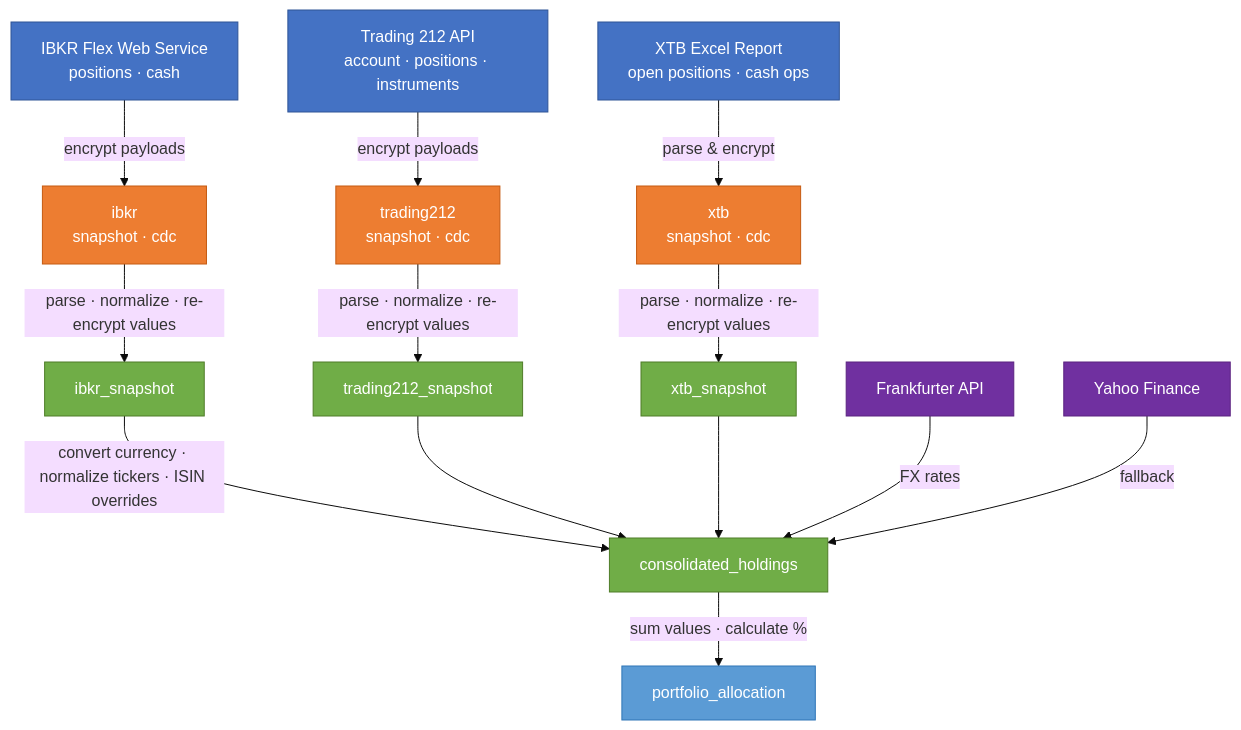
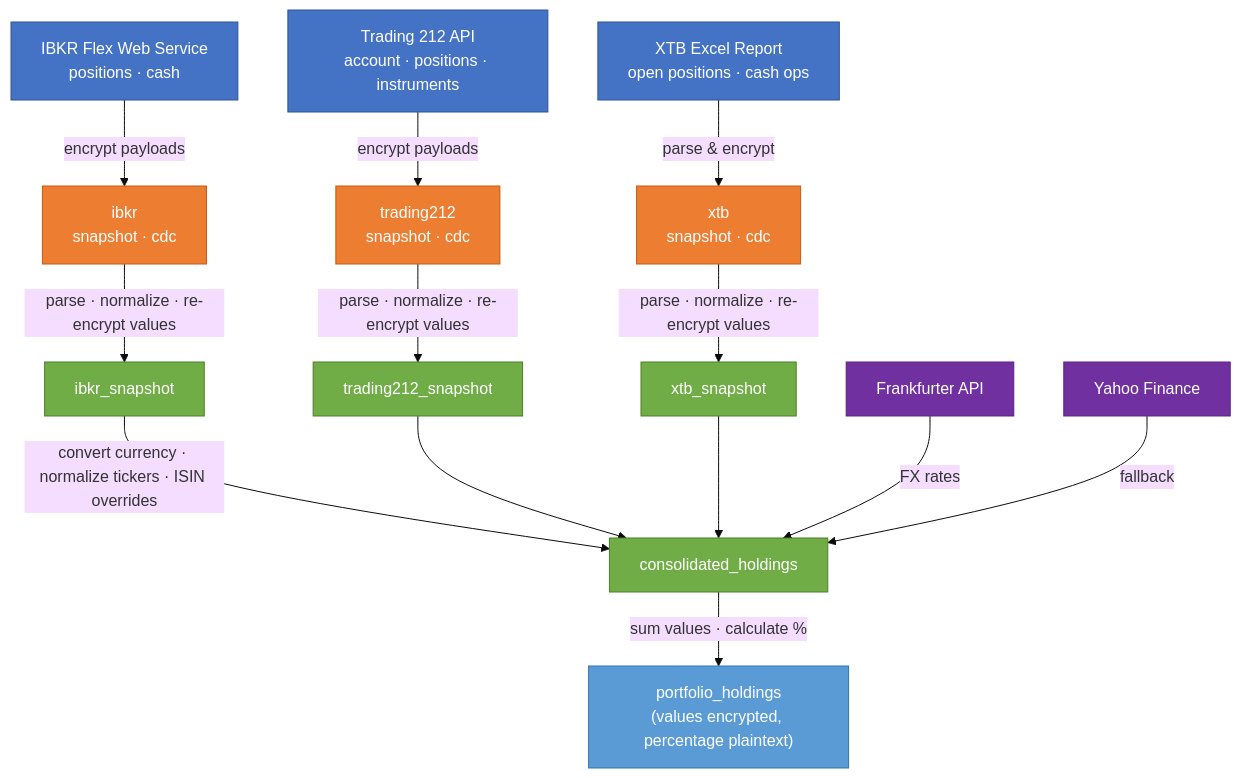
The first of 2 diagrams in README.md (vp-1591/financial-portfolio-lakehouse), drawn with Mermaid (base theme) before and after one commit. The commit also changed other lines of this file and 16 other files, not shown here.

````diff
--- a/README.md
+++ b/README.md
@@ -14,29 +14,29 @@
 ```mermaid
 flowchart TD
     classDef source fill:#4472c4,stroke:#2f5496,color:#fff
     classDef raw fill:#ed7d31,stroke:#c55a11,color:#fff
     classDef norm fill:#70ad47,stroke:#4f7d28,color:#fff
     classDef fx fill:#7030a0,stroke:#5b2280,color:#fff
     classDef analytics fill:#5b9bd5,stroke:#2e75b6,color:#fff
 
     IBKR["IBKR Flex Web Service<br/>positions · cash"]:::source
     T212["Trading 212 API<br/>account · positions · instruments"]:::source
     XTB["XTB Excel Report<br/>open positions · cash ops"]:::source
 
     IBKR -->|"encrypt payloads"| RS["ibkr<br/>snapshot · cdc"]:::raw
     T212 -->|"encrypt payloads"| RT["trading212<br/>snapshot · cdc"]:::raw
     XTB -->|"parse & encrypt"| RX["xtb<br/>snapshot · cdc"]:::raw
 
     RS -->|"parse · normalize · re-encrypt values"| NS["ibkr_snapshot"]:::norm
     RT -->|"parse · normalize · re-encrypt values"| NT["trading212_snapshot"]:::norm
     RX -->|"parse · normalize · re-encrypt values"| NX["xtb_snapshot"]:::norm
 
     NS -->|"convert currency · normalize tickers · ISIN overrides"| CH["consolidated_holdings"]:::norm
     NT --> CH
     NX --> CH
 
     FX1["Frankfurter API"]:::fx -->|"FX rates"| CH
     FX2["Yahoo Finance"]:::fx -->|"fallback"| CH
 
-    CH -->|"sum values · calculate %"| PA["portfolio_allocation"]:::analytics
+    CH -->|"sum values · calculate %"| PH["portfolio_holdings<br/>(values encrypted, percentage plaintext)"]:::analytics
 ```
````
